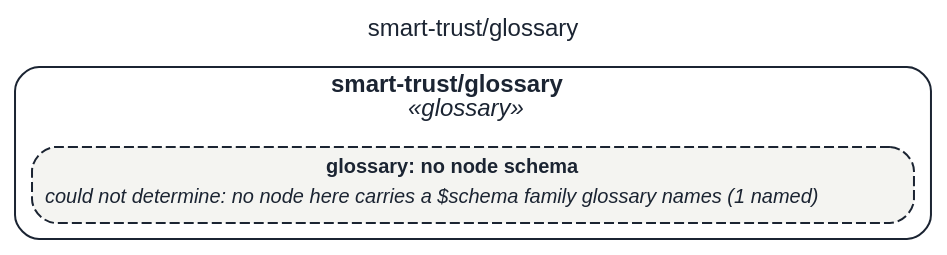
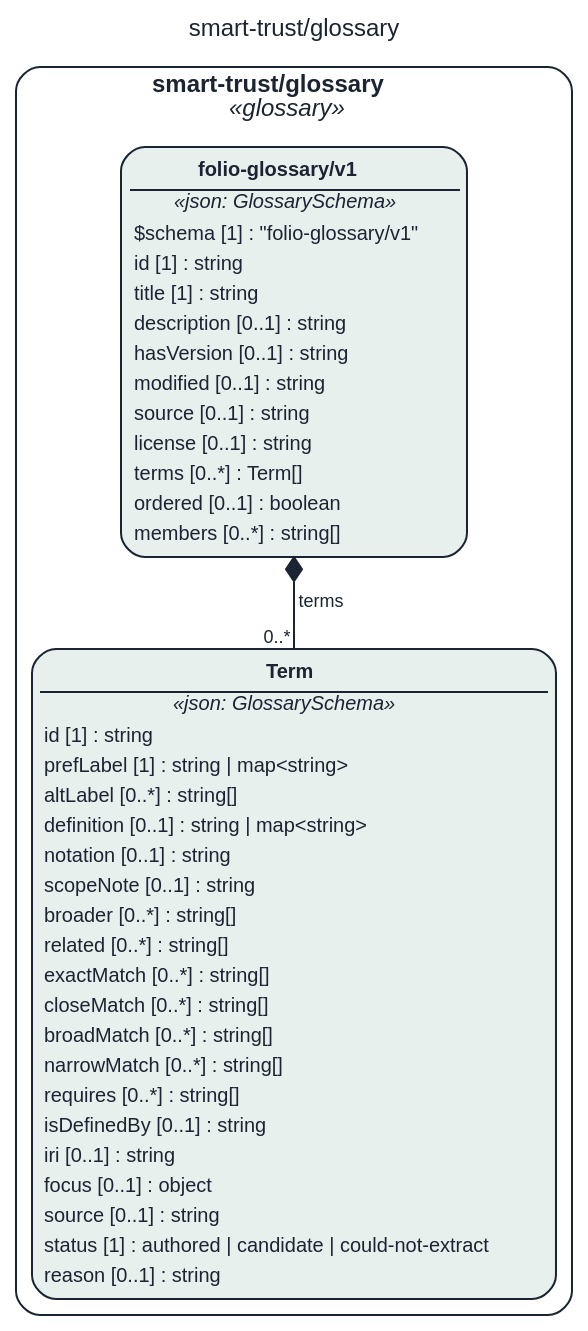
The diagram in STAGING/repin-train-20261101-1524/assets/img/uml/overview/smart-trust/glossary.dot (litlfred/folio-assistant), drawn with Graphviz before and after one commit. The commit also changed 5096 other files, not shown here.

```diff
--- a/STAGING/repin-train-20261101-1524/assets/img/uml/overview/smart-trust/glossary.dot
+++ b/STAGING/repin-train-20261101-1524/assets/img/uml/overview/smart-trust/glossary.dot
@@ -1,11 +1,13 @@
 // GENERATED by cat-harness-tools/scripts/gen-uml-overview.ts — do not edit.
 // Rendered page (interactive view, same model): https://litlfred.github.io/folio-assistant/uml/overview/smart-trust/glossary.html
 digraph "smart_trust_glossary" {
   graph [label="smart-trust/glossary", labelloc=t, fontname="Helvetica", fontsize=12, fontcolor="#1b2432", newrank=true, ratio=auto, nodesep=0.3, ranksep=0.5, bgcolor="transparent"];
   node [shape=box, style="rounded,filled", margin=0.05, fontname="Helvetica", fontsize=10, color="#1b2432", fontcolor="#1b2432"];
   edge [color="#1b2432", fontcolor="#1b2432", fontname="Helvetica", fontsize=9];
   subgraph "cluster_pkg_smart_trust_glossary" {
     label=<<b>smart-trust/glossary</b><br/><i>«glossary»</i>>; style="rounded"; color="#1b2432"; class="fa_uml_subgraph";
-    "n_smart_trust_glossary_glossary" [style="rounded,filled,dashed", fillcolor="#f4f4f1", class="fa_uml_kind_glossary fa_uml_undetermined", label=<<table border="0" cellborder="0" cellspacing="0" cellpadding="2"><tr><td><b>glossary: no node schema</b></td></tr><tr><td align="left"><i>could not determine: no node here carries a $schema family glossary names (1 named)</i></td></tr></table>>];
+    "smart_trust_glossary_folio_glossary_v1_Term" [fillcolor="#e8f0ee", class="fa_uml_kind_glossary", label=<<table border="0" cellborder="0" cellspacing="0" cellpadding="2"><tr><td border="1" sides="b"><b>Term</b></td></tr><tr><td><i>«json: GlossarySchema»</i></td></tr><tr><td align="left">id [1] : string</td></tr><tr><td align="left">prefLabel [1] : string | map&lt;string&gt;</td></tr><tr><td align="left">altLabel [0..*] : string[]</td></tr><tr><td align="left">definition [0..1] : string | map&lt;string&gt;</td></tr><tr><td align="left">notation [0..1] : string</td></tr><tr><td align="left">scopeNote [0..1] : string</td></tr><tr><td align="left">broader [0..*] : string[]</td></tr><tr><td align="left">related [0..*] : string[]</td></tr><tr><td align="left">exactMatch [0..*] : string[]</td></tr><tr><td align="left">closeMatch [0..*] : string[]</td></tr><tr><td align="left">broadMatch [0..*] : string[]</td></tr><tr><td align="left">narrowMatch [0..*] : string[]</td></tr><tr><td align="left">requires [0..*] : string[]</td></tr><tr><td align="left">isDefinedBy [0..1] : string</td></tr><tr><td align="left">iri [0..1] : string</td></tr><tr><td align="left">focus [0..1] : object</td></tr><tr><td align="left">source [0..1] : string</td></tr><tr><td align="left">status [1] : authored | candidate | could-not-extract</td></tr><tr><td align="left">reason [0..1] : string</td></tr></table>>];
+    "smart_trust_glossary_folio_glossary_v1_folio_glossary_v1" [fillcolor="#e8f0ee", class="fa_uml_kind_glossary", label=<<table border="0" cellborder="0" cellspacing="0" cellpadding="2"><tr><td border="1" sides="b"><b>folio-glossary/v1</b></td></tr><tr><td><i>«json: GlossarySchema»</i></td></tr><tr><td align="left">$schema [1] : &quot;folio-glossary/v1&quot;</td></tr><tr><td align="left">id [1] : string</td></tr><tr><td align="left">title [1] : string</td></tr><tr><td align="left">description [0..1] : string</td></tr><tr><td align="left">hasVersion [0..1] : string</td></tr><tr><td align="left">modified [0..1] : string</td></tr><tr><td align="left">source [0..1] : string</td></tr><tr><td align="left">license [0..1] : string</td></tr><tr><td align="left">terms [0..*] : Term[]</td></tr><tr><td align="left">ordered [0..1] : boolean</td></tr><tr><td align="left">members [0..*] : string[]</td></tr></table>>];
   }
+  "smart_trust_glossary_folio_glossary_v1_folio_glossary_v1" -> "smart_trust_glossary_folio_glossary_v1_Term" [dir=both, arrowtail=diamond, arrowhead=none, label="terms", headlabel="0..*", class="fa_uml_composition"];
 }
```
